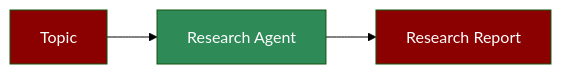
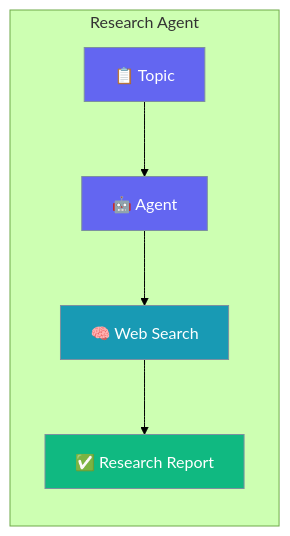
One commit to MervinPraison/PraisonAIDocs changed the first of 2 diagrams in docs/agents/research.mdx. Above: the diagram before and after it, drawn with Mermaid (forest theme). The commit also changed other lines of this file and 1 other file, not shown here.

Commit message:
docs: AGENTS.md compliance for research, shopping agents (#1733)

````diff
--- a/docs/agents/research.mdx
+++ b/docs/agents/research.mdx
@@ -8,9 +23,16 @@
 ```mermaid
-flowchart LR
-    In[Topic] --> Agent[Research Agent]
-    Agent --> Out[Research Report]
-    
-    style In fill:#8B0000,color:#fff
-    style Agent fill:#2E8B57,color:#fff
-    style Out fill:#8B0000,color:#fff
+graph LR
+    subgraph "Research Agent"
+        User[📋 Topic] --> Agent[🤖 Agent]
+        Agent --> Search[🧠 Web Search]
+        Search --> Result[✅ Research Report]
+    end
+
+    classDef input fill:#6366F1,stroke:#7C90A0,color:#fff
+    classDef process fill:#189AB4,stroke:#7C90A0,color:#fff
+    classDef output fill:#10B981,stroke:#7C90A0,color:#fff
+
+    class User,Agent input
+    class Search process
+    class Result output
 ```
````
